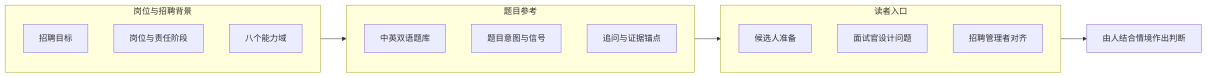
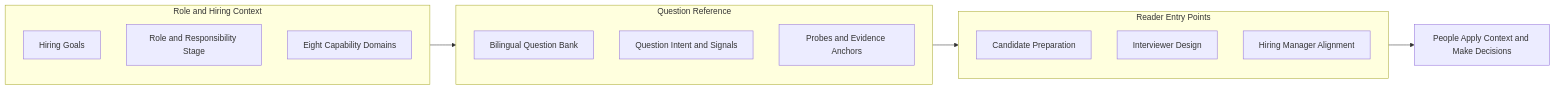
One commit to Liyuk/liyuk.github.io changed the second of 2 diagrams in src/content/projects/2026/10/interview-compass/zh.md. Above: the diagram before and after it, drawn with Mermaid. The commit also changed other lines of this file and 1 other file, not shown here.

Commit message:
content: publish Interview Compass project overview

````diff
--- a/src/content/projects/2026/10/interview-compass/zh.md
+++ b/src/content/projects/2026/10/interview-compass/zh.md
@@ -131,24 +131,24 @@
 ```mermaid
 flowchart LR
-    subgraph Inputs[岗位与招聘背景]
+    subgraph Inputs[Role and Hiring Context]
         direction TB
-        I1[招聘目标]
-        I2[岗位与责任阶段]
-        I3[八个能力域]
+        I1[Hiring Goals]
+        I2[Role and Responsibility Stage]
+        I3[Eight Capability Domains]
     end
-    subgraph Library[题目参考]
+    subgraph Library[Question Reference]
         direction TB
-        Q1[中英双语题库]
-        Q2[题目意图与信号]
-        Q3[追问与证据锚点]
+        Q1[Bilingual Question Bank]
+        Q2[Question Intent and Signals]
+        Q3[Probes and Evidence Anchors]
     end
-    subgraph Entry[读者入口]
+    subgraph Entry[Reader Entry Points]
         direction TB
-        E1[候选人准备]
-        E2[面试官设计问题]
-        E3[招聘管理者对齐]
+        E1[Candidate Preparation]
+        E2[Interviewer Design]
+        E3[Hiring Manager Alignment]
     end
     Inputs --> Library
     Library --> Entry
-    Entry --> O[由人结合情境作出判断]
+    Entry --> O[People Apply Context and Make Decisions]
 ```
````
